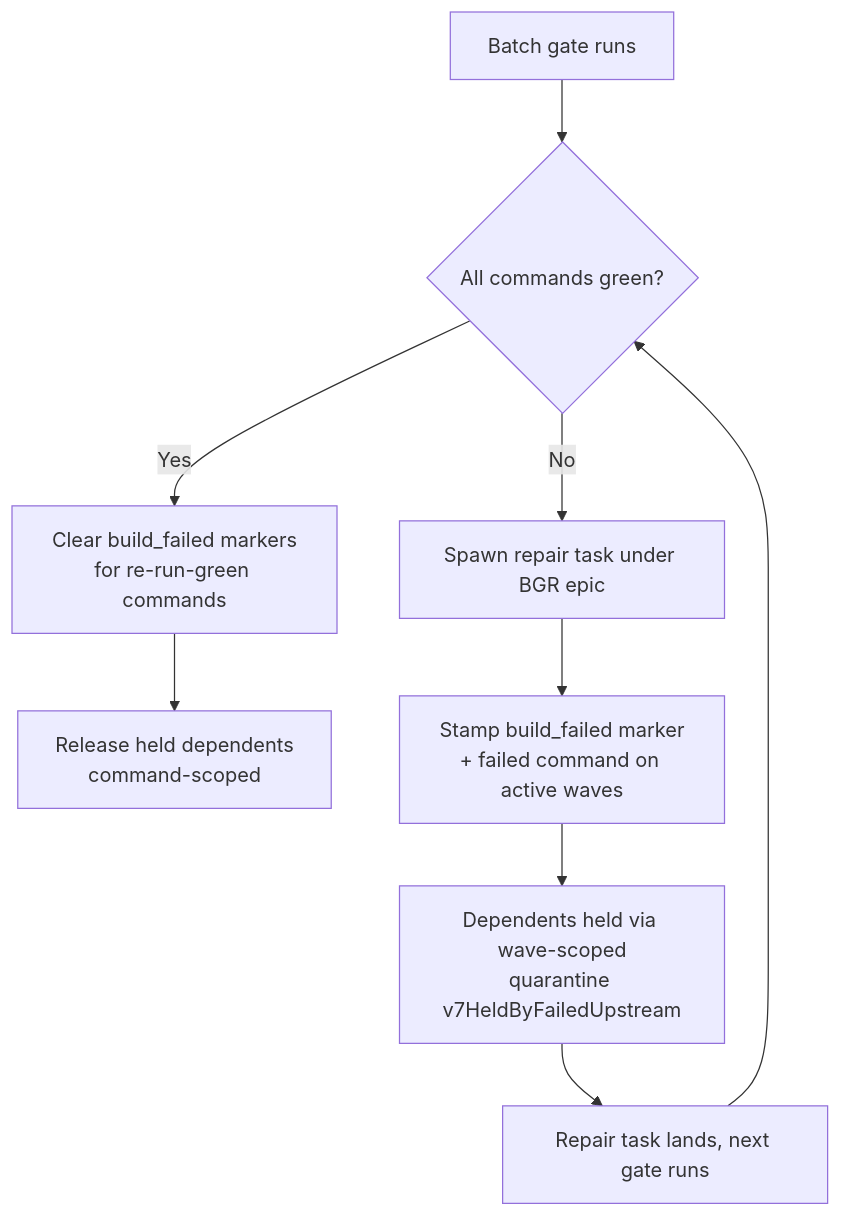
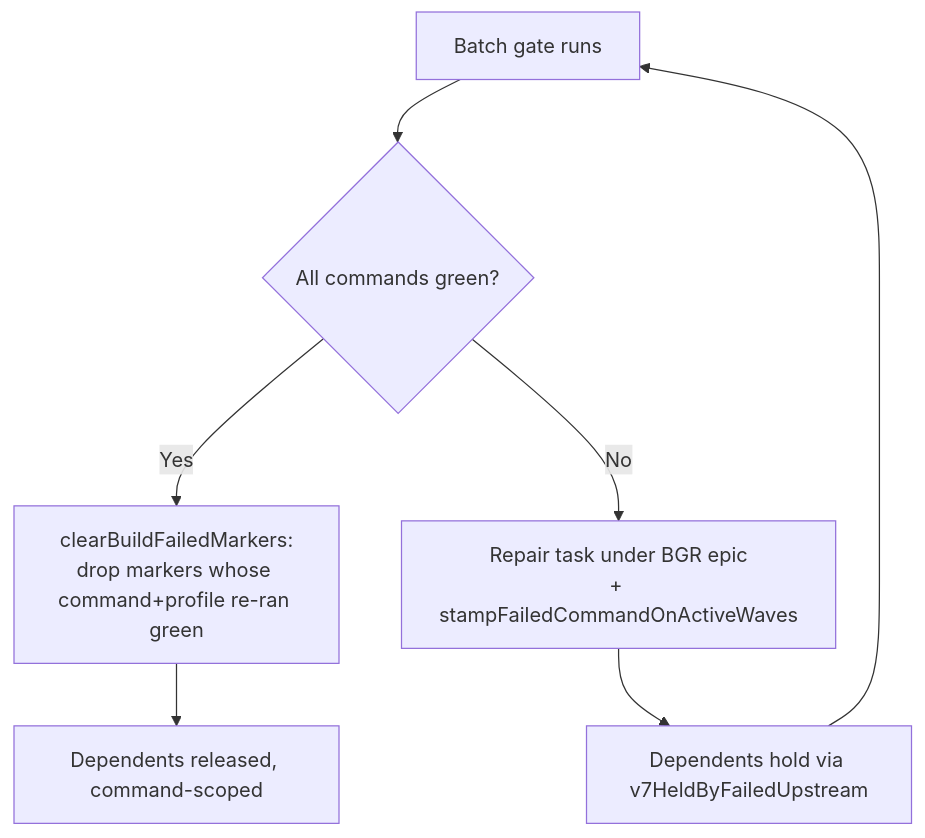
One commit to srv1n/tusker changed the diagram in docs/system/gates.md. Above: the diagram before and after it, drawn with Mermaid. The commit also changed other lines of this file and 148 other files, not shown here.

````diff
--- a/docs/system/gates.md
+++ b/docs/system/gates.md
@@ -113,11 +252,9 @@
 ```mermaid
 flowchart TD
     A[Batch gate runs] --> B{All commands green?}
-    B -->|Yes| C[Clear build_failed markers<br/>for re-run-green commands]
-    C --> D[Release held dependents<br/>command-scoped]
-    B -->|No| E[Spawn repair task under BGR epic]
-    E --> F[Stamp build_failed marker<br/>+ failed command on active waves]
-    F --> G[Dependents held via wave-scoped<br/>quarantine v7HeldByFailedUpstream]
-    G --> H[Repair task lands, next gate runs]
-    H --> B
+    B -->|Yes| C[clearBuildFailedMarkers:<br/>drop markers whose command+profile re-ran green]
+    C --> D[Dependents released, command-scoped]
+    B -->|No| E[Repair task under BGR epic<br/>+ stampFailedCommandOnActiveWaves]
+    E --> G[Dependents hold via v7HeldByFailedUpstream]
+    G --> A
 ```
````
